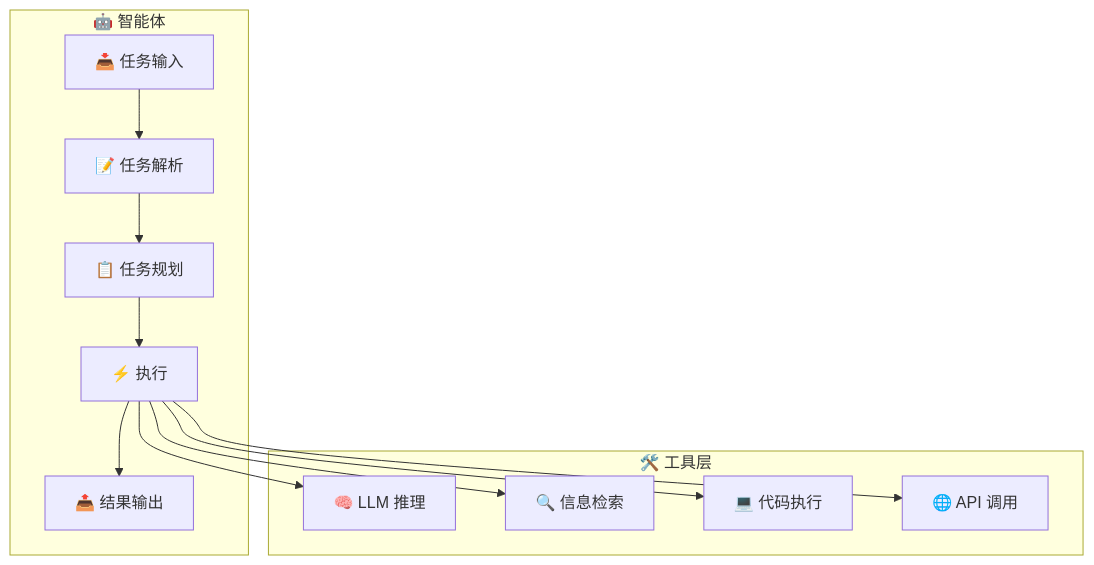
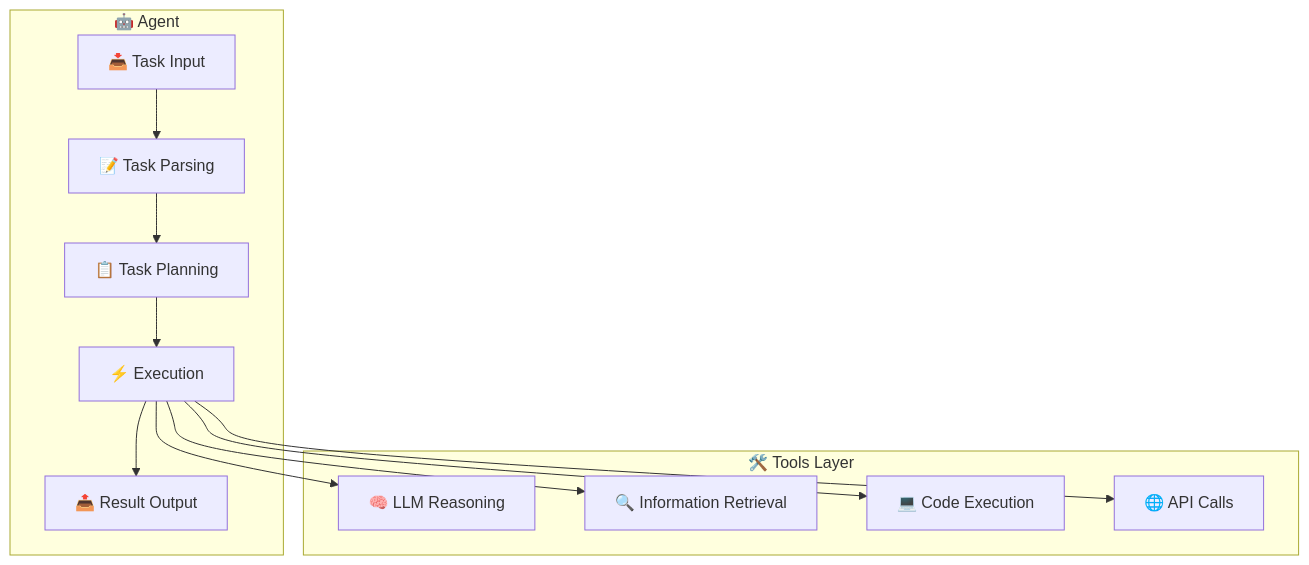
One commit to none-ai/AgentCrew changed the fourth of 4 diagrams in README.md. Above: the diagram before and after it, drawn with Mermaid. The commit also changed other lines of this file and 2 other files, not shown here.

````diff
--- a/README.md
+++ b/README.md
@@ -236,27 +236,27 @@
 ```mermaid
 flowchart TB
-    subgraph Agent["🤖 智能体"]
-        INPUT[📥 任务输入]
-        PARSE[📝 任务解析]
-        PLAN[📋 任务规划]
-        EXEC[⚡ 执行]
-        OUTPUT[📤 结果输出]
+    subgraph Agent["🤖 Agent"]
+        INPUT[📥 Task Input]
+        PARSE[📝 Task Parsing]
+        PLAN[📋 Task Planning]
+        EXEC[⚡ Execution]
+        OUTPUT[📤 Result Output]
         
         INPUT --> PARSE
         PARSE --> PLAN
         PLAN --> EXEC
         EXEC --> OUTPUT
     end
     
-    subgraph Tools["🛠️ 工具层"]
-        LLM[🧠 LLM 推理]
-        SEARCH[🔍 信息检索]
-        CODE[💻 代码执行]
-        API[🌐 API 调用]
+    subgraph Tools["🛠️ Tools Layer"]
+        LLM[🧠 LLM Reasoning]
+        SEARCH[🔍 Information Retrieval]
+        CODE[💻 Code Execution]
+        API[🌐 API Calls]
     end
     
     EXEC --> LLM
     EXEC --> SEARCH
     EXEC --> CODE
     EXEC --> API
 ```
````
